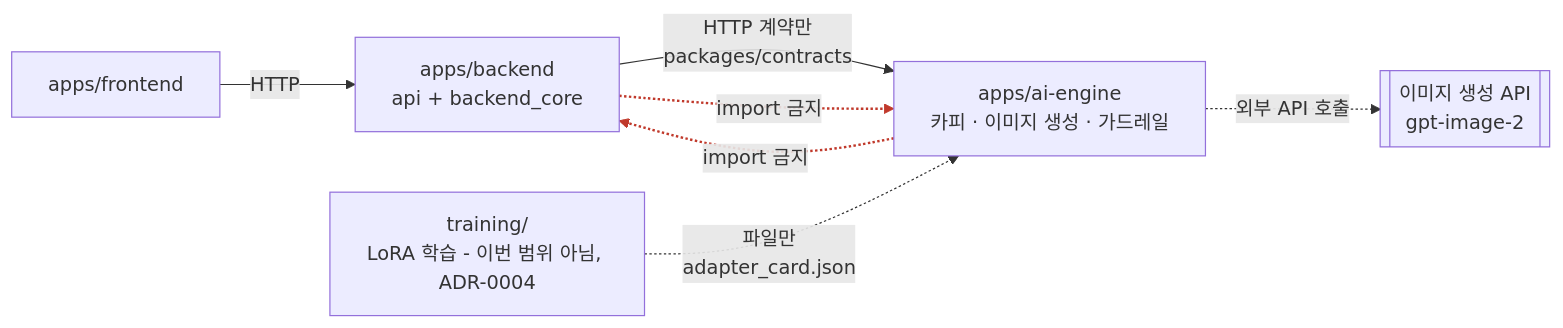
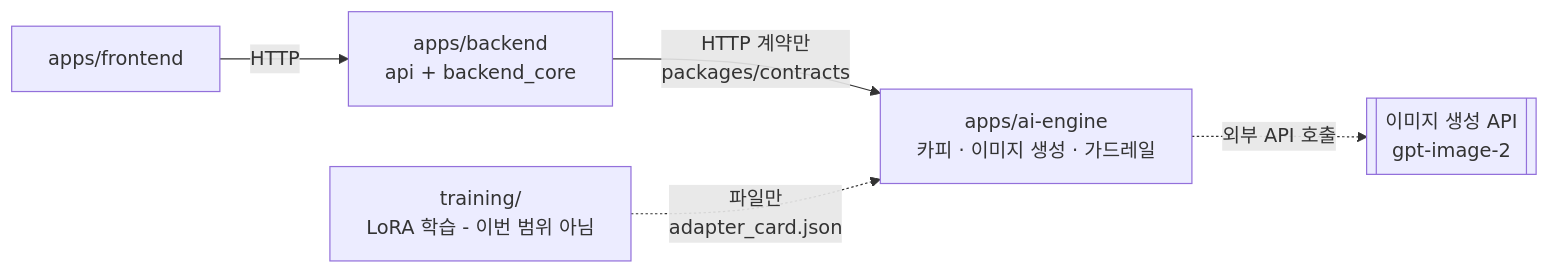
The diagram in README.md (Codeit-AI10-Part4-3Team/AI10-Part4-3Team-Advanced-Project), drawn with Mermaid before and after one commit. The commit also changed other lines of this file and 1 other file, not shown here.

````diff
--- a/README.md
+++ b/README.md
@@ -85,12 +88,7 @@
 ```mermaid
 flowchart LR
     FE["apps/frontend"] -->|HTTP| BE["apps/backend<br/>api + backend_core"]
     BE -->|"HTTP 계약만<br/>packages/contracts"| AE["apps/ai-engine<br/>카피 · 이미지 생성 · 가드레일"]
     AE -.->|외부 API 호출| IMG[["이미지 생성 API<br/>gpt-image-2"]]
-    TR["training/<br/>LoRA 학습 - 이번 범위 아님, ADR-0004"] -.->|"파일만<br/>adapter_card.json"| AE
-
-    BE -. "import 금지" .-> AE
-    AE -. "import 금지" .-> BE
-
-    linkStyle 4,5 stroke:#c0392b,stroke-width:2px
+    TR["training/<br/>LoRA 학습 - 이번 범위 아님"] -.->|"파일만<br/>adapter_card.json"| AE
 ```
````
